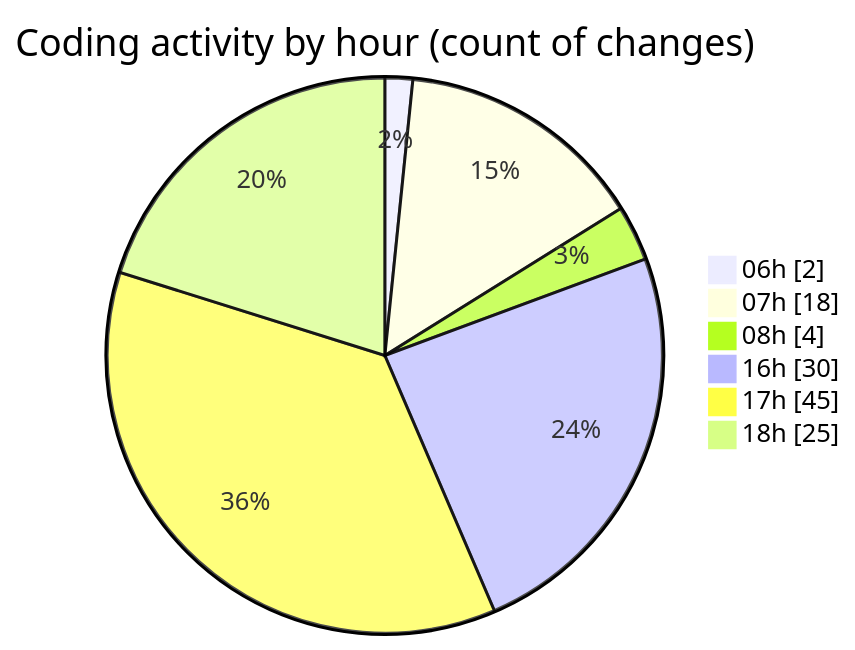
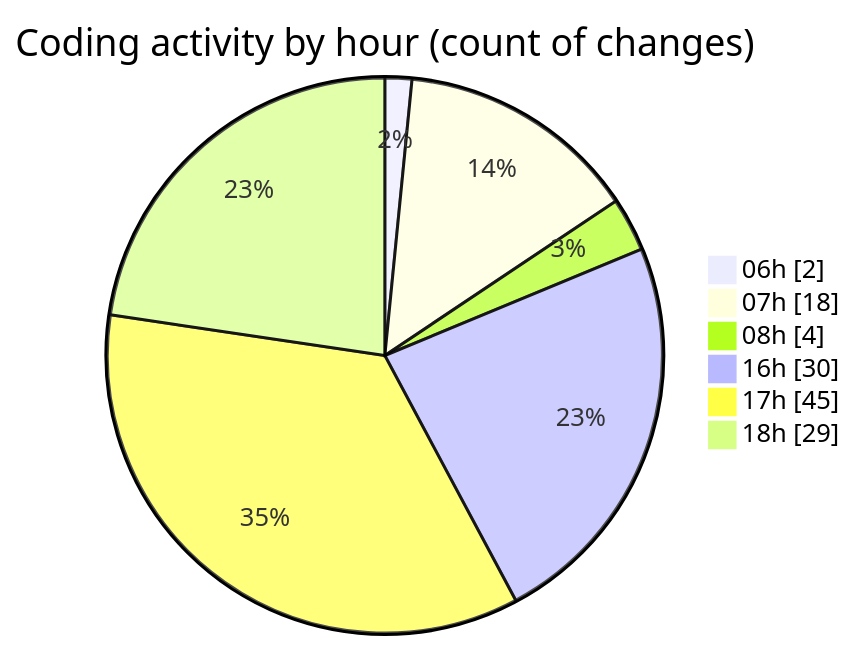
One commit to robertbonfada/code-tracking changed the second of 2 diagrams in 2025-01-27/termonied-web/README.md. Above: the diagram before and after it, drawn with Mermaid. The commit also changed other lines of this file and 1 other file, not shown here.

````diff
--- a/2025-01-27/termonied-web/README.md
+++ b/2025-01-27/termonied-web/README.md
@@ -44,10 +44,10 @@
 ```mermaid
 pie showData
 title Coding activity by hour (count of changes)
 "06h" : 2
 "07h" : 18
 "08h" : 4
 "16h" : 30
 "17h" : 45
-"18h" : 25
+"18h" : 29
 ```
````
